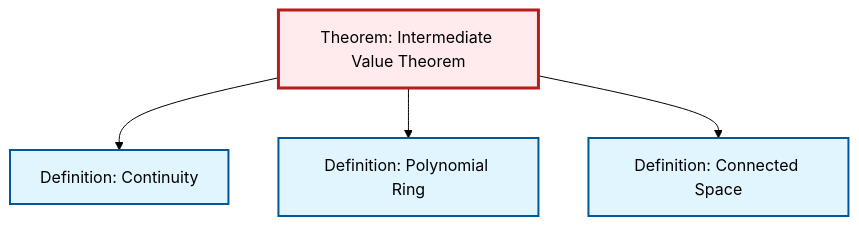
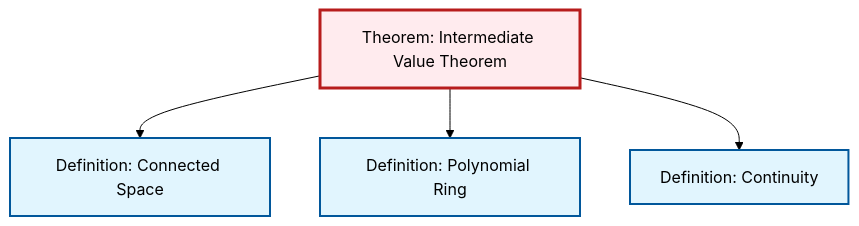
One commit to RK0429/ModernMath changed the diagram in content/ja/topology/thm-intermediate-value.qmd. Above: the diagram before and after it, drawn with Mermaid (forest theme). The commit also changed other lines of this file and 531 other files, not shown here.

````diff
--- a/content/ja/topology/thm-intermediate-value.qmd
+++ b/content/ja/topology/thm-intermediate-value.qmd
@@ -52,20 +52,20 @@
 ```{mermaid}
 %%| fig-cap: "Local dependency graph"
 graph TD
     classDef definition fill:#e1f5fe,stroke:#01579b,stroke-width:2px
     classDef theorem fill:#f3e5f5,stroke:#4a148c,stroke-width:2px
     classDef axiom fill:#fff3e0,stroke:#e65100,stroke-width:2px
     classDef example fill:#e8f5e9,stroke:#1b5e20,stroke-width:2px
     classDef current fill:#ffebee,stroke:#b71c1c,stroke-width:3px
+    def-continuity["Definition: Continuity"]:::definition
+    def-connected["Definition: Connected Space"]:::definition
     thm-intermediate-value["Theorem: Intermediate Value Theorem"]:::theorem
-    def-continuity["Definition: Continuity"]:::definition
     def-polynomial-ring["Definition: Polynomial Ring"]:::definition
-    def-connected["Definition: Connected Space"]:::definition
+    thm-intermediate-value --> def-connected
+    thm-intermediate-value --> def-polynomial-ring
     thm-intermediate-value --> def-continuity
-    thm-intermediate-value --> def-polynomial-ring
-    thm-intermediate-value --> def-connected
     class thm-intermediate-value current
     click def-continuity "def-continuity.html" "Definition: Continuityへ"
+    click def-connected "def-connected.html" "Definition: Connected Spaceへ"
     click def-polynomial-ring "def-polynomial-ring.html" "Definition: Polynomial Ringへ"
-    click def-connected "def-connected.html" "Definition: Connected Spaceへ"
 ```
````
